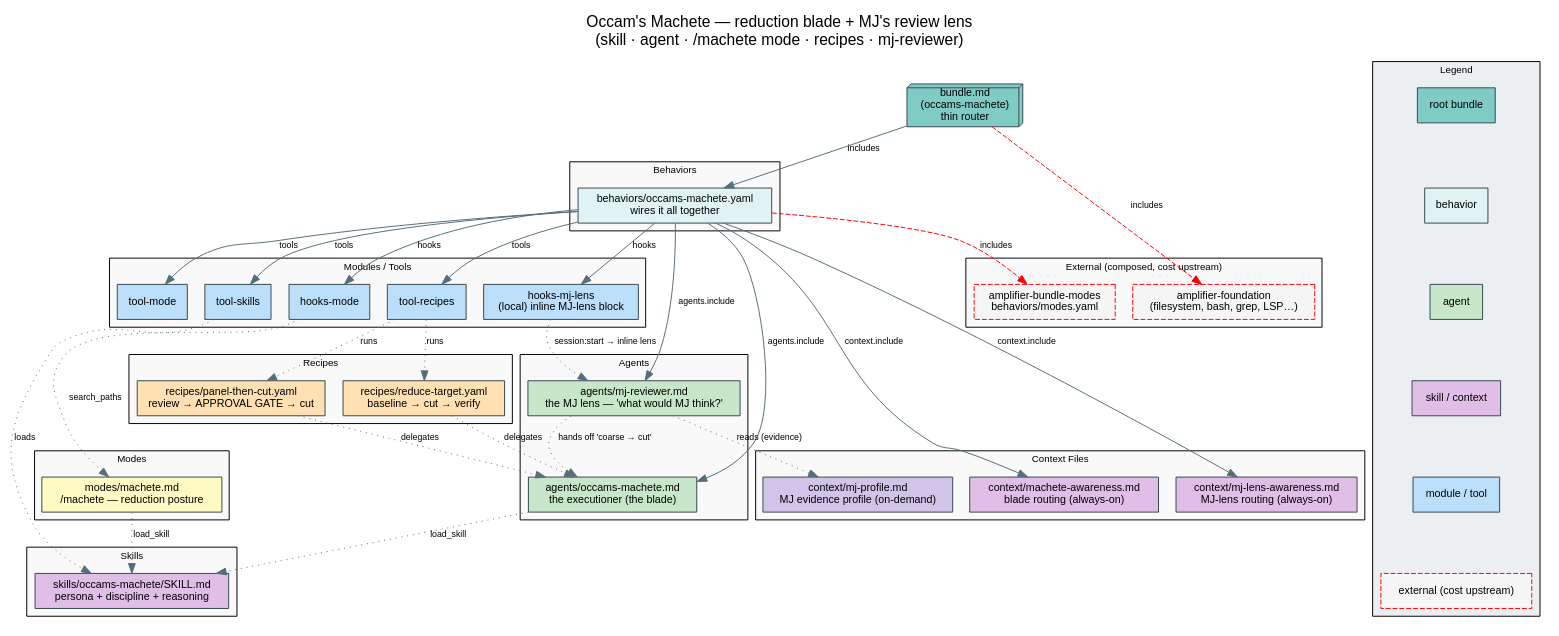
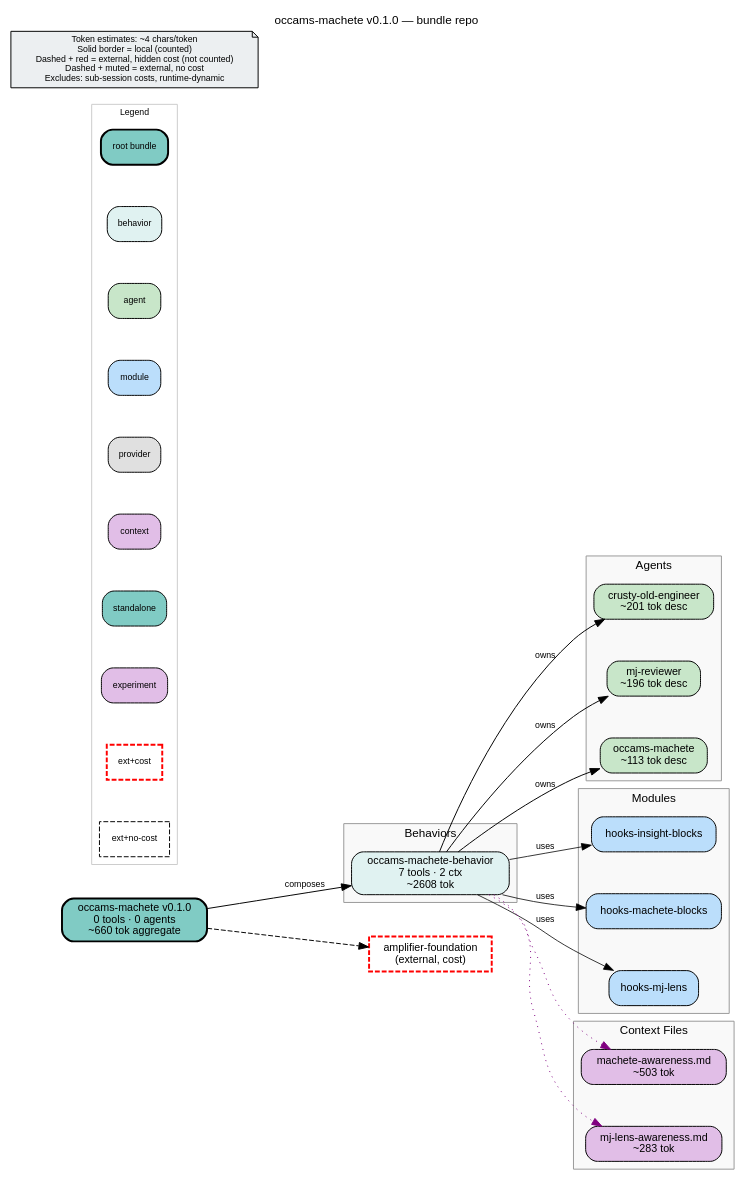
Before and after one commit to michaeljabbour/amplifier-bundle-mj: the diagram in bundle.dot, drawn with Graphviz. The commit also changed 7 other files, not shown here.

First line of the commit message:
test(hooks): make inline-block hook modules test-hermetic; refresh bundle.dot

```diff
--- a/bundle.dot
+++ b/bundle.dot
@@ -1,90 +1,92 @@
-// Occam's Machete — bundle composition diagram (v3 convention, hand-authored)
 digraph occams_machete {
-  rankdir=TB;
-  graph [source_hash="f6c32851b2ecf7c1", fontname="Helvetica", labelloc="t",
-         label="Occam's Machete — reduction blade + MJ's review lens\n(skill · agent · /machete mode · recipes · mj-reviewer)", fontsize=16, bgcolor="white"];
-  node  [fontname="Helvetica", fontsize=11, style="filled", shape="box", color="#37474f"];
-  edge  [fontname="Helvetica", fontsize=9, color="#546e7a"];
+    rankdir=LR
+    fontname="Helvetica"
+    fontsize=12
+    label="occams-machete v0.1.0 — bundle repo"
+    labelloc=t
+    labeljust=c
+    nodesep=0.6
+    ranksep=0.7
+    bgcolor="white"
+    source_hash="9d9c55ae5538c6054a435015cdb7447f85e6d0e7b426c44dc122b1cc23ffdb53"
 
-  root [label="bundle.md\n(occams-machete)\nthin router", fillcolor="#80cbc4", shape="box3d"];
+    node [fontname="Helvetica", fontsize=11, style="filled,rounded"]
+    edge [fontname="Helvetica", fontsize=9]
 
-  subgraph cluster_external {
-    label="External (composed, cost upstream)"; style="filled"; fillcolor="#f9f9f9"; fontsize=10;
-    foundation [label="amplifier-foundation\n(filesystem, bash, grep, LSP…)", fillcolor="#f5f5f5", style="filled,dashed", color="red"];
-    modes_beh  [label="amplifier-bundle-modes\nbehaviors/modes.yaml", fillcolor="#f5f5f5", style="filled,dashed", color="red"];
-  }
-  subgraph cluster_behaviors {
-    label="Behaviors"; style="filled"; fillcolor="#f9f9f9"; fontsize=10;
-    behavior [label="behaviors/occams-machete.yaml\nwires it all together", fillcolor="#e0f2f1"];
-  }
-  subgraph cluster_agents {
-    label="Agents"; style="filled"; fillcolor="#f9f9f9"; fontsize=10;
-    agent  [label="agents/occams-machete.md\nthe executioner (the blade)", fillcolor="#c8e6c9"];
-    mjrev  [label="agents/mj-reviewer.md\nthe MJ lens — 'what would MJ think?'", fillcolor="#c8e6c9"];
-  }
-  subgraph cluster_skills {
-    label="Skills"; style="filled"; fillcolor="#f9f9f9"; fontsize=10;
-    skill [label="skills/occams-machete/SKILL.md\npersona + discipline + reasoning", fillcolor="#e1bee7"];
-  }
-  subgraph cluster_modes {
-    label="Modes"; style="filled"; fillcolor="#f9f9f9"; fontsize=10;
-    mode [label="modes/machete.md\n/machete — reduction posture", fillcolor="#fff9c4"];
-  }
-  subgraph cluster_recipes {
-    label="Recipes"; style="filled"; fillcolor="#f9f9f9"; fontsize=10;
-    r_reduce [label="recipes/reduce-target.yaml\nbaseline → cut → verify", fillcolor="#ffe0b2"];
-    r_panel  [label="recipes/panel-then-cut.yaml\nreview → APPROVAL GATE → cut", fillcolor="#ffe0b2"];
-  }
-  subgraph cluster_context {
-    label="Context Files"; style="filled"; fillcolor="#f9f9f9"; fontsize=10;
-    ctx       [label="context/machete-awareness.md\nblade routing (always-on)", fillcolor="#e1bee7"];
-    mjaware   [label="context/mj-lens-awareness.md\nMJ-lens routing (always-on)", fillcolor="#e1bee7"];
-    mjprofile [label="context/mj-profile.md\nMJ evidence profile (on-demand)", fillcolor="#d1c4e9"];
-  }
-  subgraph cluster_modules {
-    label="Modules / Tools"; style="filled"; fillcolor="#f9f9f9"; fontsize=10;
-    t_skills  [label="tool-skills",  fillcolor="#bbdefb"];
-    t_mode    [label="tool-mode",    fillcolor="#bbdefb"];
-    h_mode    [label="hooks-mode",   fillcolor="#bbdefb"];
-    t_recipes [label="tool-recipes", fillcolor="#bbdefb"];
-    h_mjlens  [label="hooks-mj-lens\n(local) inline MJ-lens block", fillcolor="#bbdefb"];
-  }
+    root_occams_machete [label="occams-machete v0.1.0\n0 tools · 0 agents\n~660 tok aggregate", shape=box, fillcolor="#80cbc4", style="filled,rounded,bold", penwidth=2]
 
-  root -> foundation [style="dashed", color="red", label="includes"];
-  root -> behavior   [label="includes"];
-  behavior -> modes_beh [style="dashed", color="red", label="includes"];
+    subgraph cluster_behaviors {
+        label="Behaviors"
+        style="filled"
+        fillcolor="#f9f9f9"
+        color="#999999"
 
-  behavior -> agent     [label="agents.include"];
-  behavior -> mjrev     [label="agents.include"];
-  behavior -> ctx       [label="context.include"];
-  behavior -> mjaware   [label="context.include"];
-  behavior -> t_skills  [label="tools"];
-  behavior -> t_mode    [label="tools"];
-  behavior -> h_mode    [label="hooks"];
-  behavior -> h_mjlens  [label="hooks"];
-  behavior -> t_recipes [label="tools"];
+        beh_occams_machete_behavior [label="occams-machete-behavior\n7 tools · 2 ctx\n~2608 tok", shape=box, fillcolor="#e0f2f1", style="filled,rounded"]
+    }
 
-  t_skills  -> skill [style="dotted", label="loads"];
-  h_mode    -> mode  [style="dotted", label="search_paths"];
-  t_recipes -> r_reduce [style="dotted", label="runs"];
-  t_recipes -> r_panel  [style="dotted", label="runs"];
+    subgraph cluster_agents {
+        label="Agents"
+        style="filled"
+        fillcolor="#f9f9f9"
+        color="#999999"
 
-  agent -> skill [style="dotted", label="load_skill"];
-  mode  -> skill [style="dotted", label="load_skill"];
-  mjrev -> mjprofile [style="dotted", label="reads (evidence)"];
-  h_mjlens -> mjrev [style="dotted", label="session:start → inline lens"];
-  mjrev -> agent     [style="dotted", label="hands off 'coarse → cut'"];
-  r_reduce -> agent [style="dotted", label="delegates"];
-  r_panel  -> agent [style="dotted", label="delegates"];
+        agt_crusty_old_engineer [label="crusty-old-engineer\n~201 tok desc", shape=box, fillcolor="#c8e6c9", style="filled,rounded"]
+        agt_mj_reviewer [label="mj-reviewer\n~196 tok desc", shape=box, fillcolor="#c8e6c9", style="filled,rounded"]
+        agt_occams_machete [label="occams-machete\n~113 tok desc", shape=box, fillcolor="#c8e6c9", style="filled,rounded"]
+    }
 
-  subgraph cluster_legend {
-    label="Legend"; style="filled"; fillcolor="#eceff1"; fontsize=10;
-    L1 [label="root bundle", fillcolor="#80cbc4"];
-    L2 [label="behavior",    fillcolor="#e0f2f1"];
-    L3 [label="agent",       fillcolor="#c8e6c9"];
-    L4 [label="skill / context", fillcolor="#e1bee7"];
-    L5 [label="module / tool",   fillcolor="#bbdefb"];
-    L6 [label="external (cost upstream)", fillcolor="#f5f5f5", style="filled,dashed", color="red"];
-    L1 -> L2 -> L3 -> L4 -> L5 -> L6 [style="invis"];
-  }
+    subgraph cluster_modules {
+        label="Modules"
+        style="filled"
+        fillcolor="#f9f9f9"
+        color="#999999"
+
+        mod_hooks_insight_blocks [label="hooks-insight-blocks", shape=box, fillcolor="#bbdefb", style="filled,rounded"]
+        mod_hooks_machete_blocks [label="hooks-machete-blocks", shape=box, fillcolor="#bbdefb", style="filled,rounded"]
+        mod_hooks_mj_lens [label="hooks-mj-lens", shape=box, fillcolor="#bbdefb", style="filled,rounded"]
+    }
+
+    subgraph cluster_context {
+        label="Context Files"
+        style="filled"
+        fillcolor="#f9f9f9"
+        color="#999999"
+
+        ctx_machete_awareness_md [label="machete-awareness.md\n~503 tok", shape=box, fillcolor="#e1bee7", style="filled,rounded"]
+        ctx_mj_lens_awareness_md [label="mj-lens-awareness.md\n~283 tok", shape=box, fillcolor="#e1bee7", style="filled,rounded"]
+    }
+
+    subgraph cluster_legend {
+        label="Legend"
+        style="filled"
+        fillcolor="white"
+        color="#cccccc"
+        fontsize=9
+
+        leg_root [label="root bundle", shape=box, fillcolor="#80cbc4", style="filled,rounded,bold", fontsize=9]
+        leg_behavior [label="behavior", shape=box, fillcolor="#e0f2f1", style="filled,rounded", fontsize=9]
+        leg_agent [label="agent", shape=box, fillcolor="#c8e6c9", style="filled,rounded", fontsize=9]
+        leg_module [label="module", shape=box, fillcolor="#bbdefb", style="filled,rounded", fontsize=9]
+        leg_provider [label="provider", shape=box, fillcolor="#e0e0e0", style="filled,rounded", fontsize=9]
+        leg_context [label="context", shape=box, fillcolor="#e1bee7", style="filled,rounded", fontsize=9]
+        leg_standalone [label="standalone", shape=box, fillcolor="#80cbc4", style="filled,rounded", fontsize=9]
+        leg_experiment [label="experiment", shape=box, fillcolor="#e1bee7", style="filled,rounded", fontsize=9]
+        leg_ext_cost [label="ext+cost", shape=box, fillcolor="#80cbc4", style="dashed", color="red", penwidth=2, fontsize=9]
+        leg_ext_muted [label="ext+no-cost", shape=box, fillcolor="#f5f5f5", style="dashed", fontsize=9]
+    }
+
+    disclaimer [label="Token estimates: ~4 chars/token\nSolid border = local (counted)\nDashed + red = external, hidden cost (not counted)\nDashed + muted = external, no cost\nExcludes: sub-session costs, runtime-dynamic", shape=note, fillcolor="#eceff1", style="filled", fontsize=9]
+
+    ext_githttps___github_com_microsoft_amplifier_foundation_main [label="amplifier-foundation\n(external, cost)", shape=box, fillcolor="#80cbc4", style="dashed", color="red", penwidth=2]
+
+    root_occams_machete -> ext_githttps___github_com_microsoft_amplifier_foundation_main [style=dashed]
+    root_occams_machete -> beh_occams_machete_behavior [label="composes"]
+    beh_occams_machete_behavior -> agt_occams_machete [label="owns"]
+    beh_occams_machete_behavior -> agt_mj_reviewer [label="owns"]
+    beh_occams_machete_behavior -> agt_crusty_old_engineer [label="owns"]
+    beh_occams_machete_behavior -> mod_hooks_mj_lens [label="uses", penwidth=0.8]
+    beh_occams_machete_behavior -> mod_hooks_machete_blocks [label="uses", penwidth=0.8]
+    beh_occams_machete_behavior -> mod_hooks_insight_blocks [label="uses", penwidth=0.8]
+    beh_occams_machete_behavior -> ctx_machete_awareness_md [style=dotted, color=purple]
+    beh_occams_machete_behavior -> ctx_mj_lens_awareness_md [style=dotted, color=purple]
 }
```
